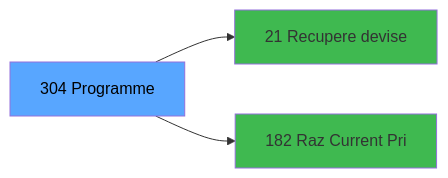
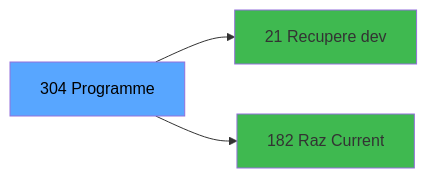
Before and after one commit to thonyAGP/magic-migration: the third of 3 diagrams in .openspec/specs/ADH-IDE-304.md, drawn with Mermaid. The commit also changed other lines of this file and 323 other files, not shown here.

````diff
--- a/.openspec/specs/ADH-IDE-304.md
+++ b/.openspec/specs/ADH-IDE-304.md
@@ -118,11 +131,11 @@
 ```mermaid
 graph LR
     T[304 Programme]
-    C21[21 Recupere devise]
+    C21[21 Recupere dev]
     T --> C21
-    C182[182 Raz Current Pri]
+    C182[182 Raz Current ]
     T --> C182
     style T fill:#58a6ff,color:#000
     style C21 fill:#3fb950
     style C182 fill:#3fb950
 ```
````
